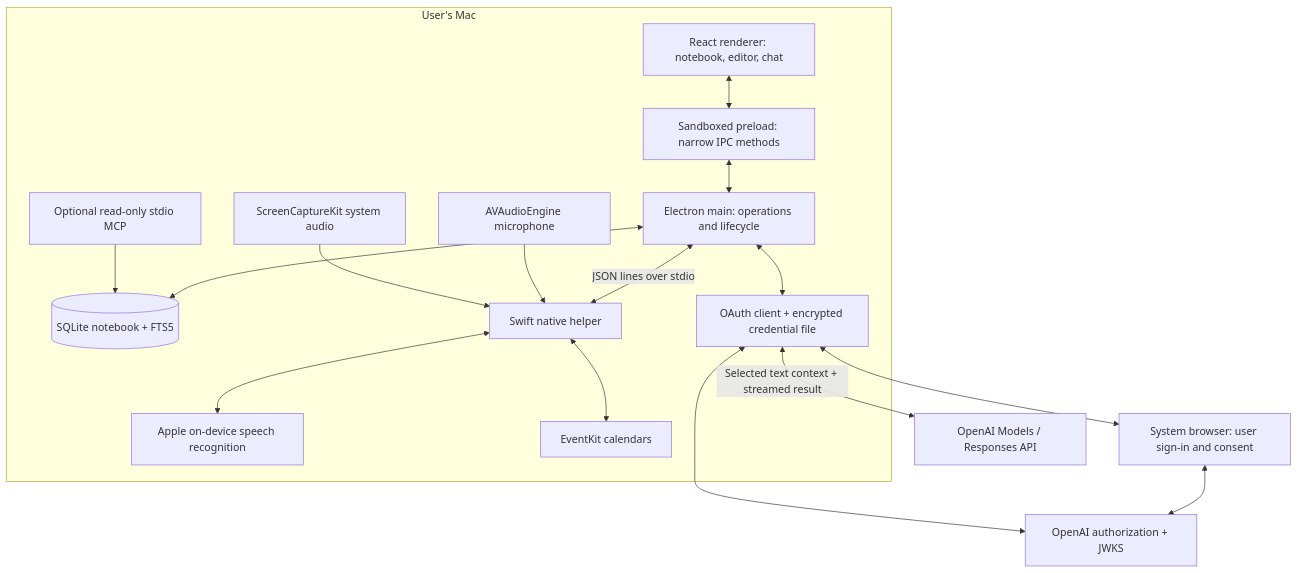
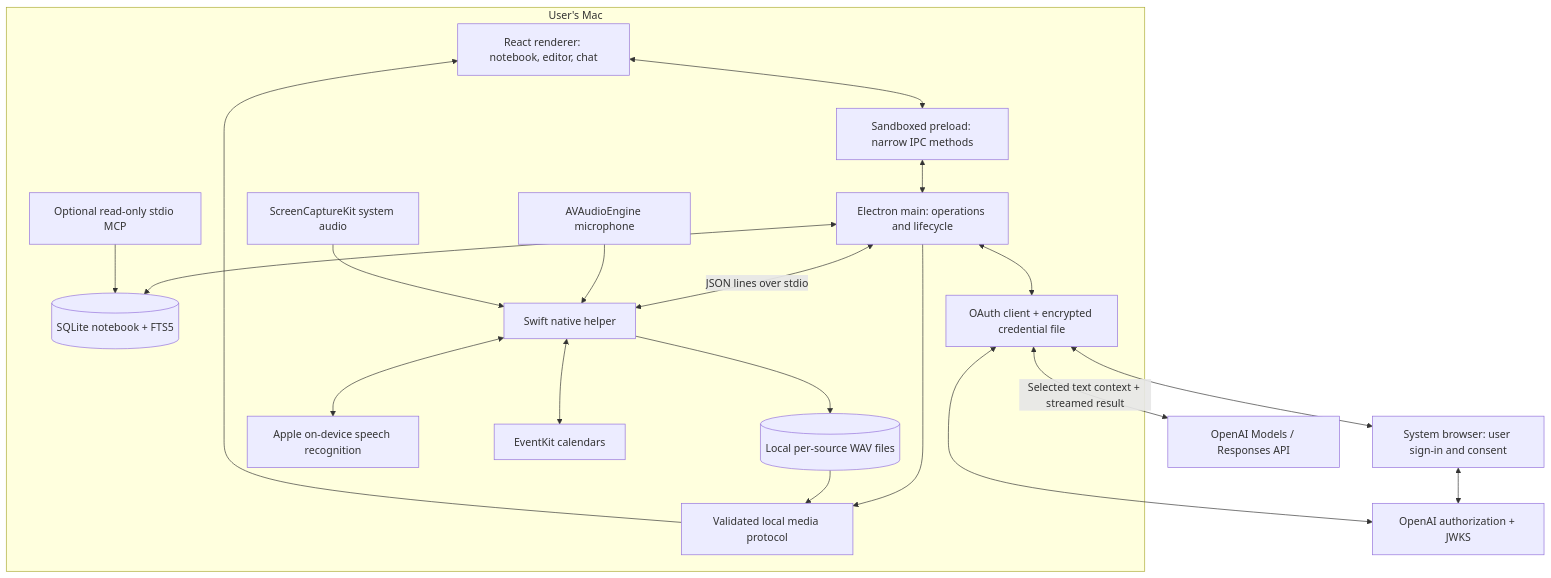
Before and after one commit to Michael-Ma/stillnote: the first of 2 diagrams in docs/ARCHITECTURE.md, drawn with Mermaid. The commit also changed other lines of this file and 35 other files, not shown here.

````diff
--- a/docs/ARCHITECTURE.md
+++ b/docs/ARCHITECTURE.md
@@ -27,33 +27,39 @@
 ```mermaid
 flowchart TB
     subgraph Mac[User's Mac]
       UI[React renderer: notebook, editor, chat]
       Bridge[Sandboxed preload: narrow IPC methods]
       Main[Electron main: operations and lifecycle]
       Store[(SQLite notebook + FTS5)]
+      Audio[(Local per-source WAV files)]
+      Media[Validated local media protocol]
       Auth[OAuth client + encrypted credential file]
       Native[Swift native helper]
       Mic[AVAudioEngine microphone]
       System[ScreenCaptureKit system audio]
       Speech[Apple on-device speech recognition]
       Calendar[EventKit calendars]
       MCP[Optional read-only stdio MCP]
       UI <--> Bridge
       Bridge <--> Main
       Main <--> Store
+      Native --> Audio
+      Main --> Media
+      Audio --> Media
+      Media --> UI
       Main <--> Auth
       Main <-->|JSON lines over stdio| Native
       Mic --> Native
       System --> Native
       Native <--> Speech
       Native <--> Calendar
       MCP --> Store
     end
     Browser[System browser: user sign-in and consent]
     Identity[OpenAI authorization + JWKS]
     Models[OpenAI Models / Responses API]
     Auth <--> Browser
     Browser <--> Identity
     Auth <--> Identity
     Auth <-->|Selected text context + streamed result| Models
 ```
````
